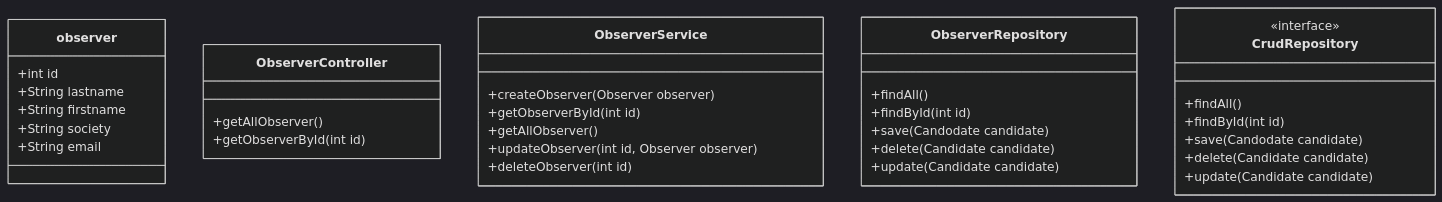
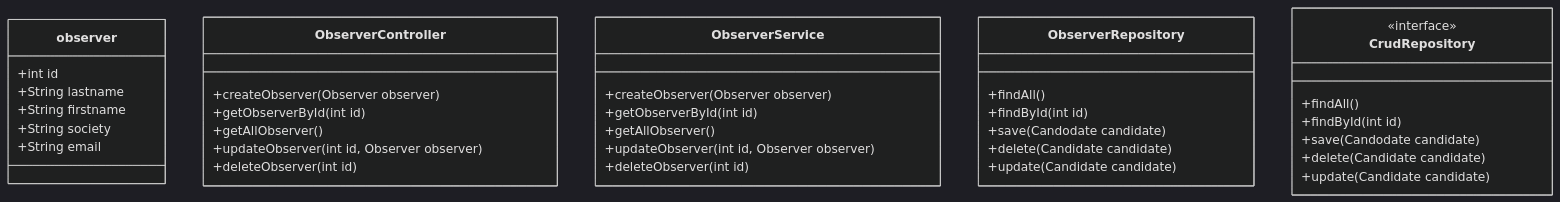
The second of 2 diagrams in doc/diagram.md (MarcBoillot/DEVLOG24_Piscine_java), drawn with Mermaid (dark theme) before and after one commit. The commit also changed 2 other files, not shown here.

Commit message:
update a observer #38

````diff
--- a/doc/diagram.md
+++ b/doc/diagram.md
@@ -42,36 +42,39 @@
 ```mermaid
 classDiagram
     class observer
     observer : +int id
     observer : +String lastname
     observer : +String firstname
     observer : +String society
     observer : +String email
     
     class ObserverController
-    ObserverController : +getAllObserver()
-    ObserverController : +getObserverById(int id)
+    ObserverController: +createObserver(Observer observer)
+    ObserverController: +getObserverById(int id)
+    ObserverController: +getAllObserver()
+    ObserverController: +updateObserver(int id, Observer observer)
+    ObserverController: +deleteObserver(int id)
     
     class ObserverService
     ObserverService: +createObserver(Observer observer)
     ObserverService: +getObserverById(int id)
     ObserverService: +getAllObserver()
     ObserverService: +updateObserver(int id, Observer observer)
     ObserverService: +deleteObserver(int id)
 
     class ObserverRepository
     ObserverRepository : +findAll()
     ObserverRepository: +findById(int id)
     ObserverRepository: +save(Candodate candidate)
     ObserverRepository: +delete(Candidate candidate)
     ObserverRepository: +update(Candidate candidate)
 
     class CrudRepository
     <<interface>> CrudRepository
     CrudRepository : +findAll()
     CrudRepository: +findById(int id)
     CrudRepository: +save(Candodate candidate)
     CrudRepository: +delete(Candidate candidate)
     CrudRepository: +update(Candidate candidate)
 
 ```
````
